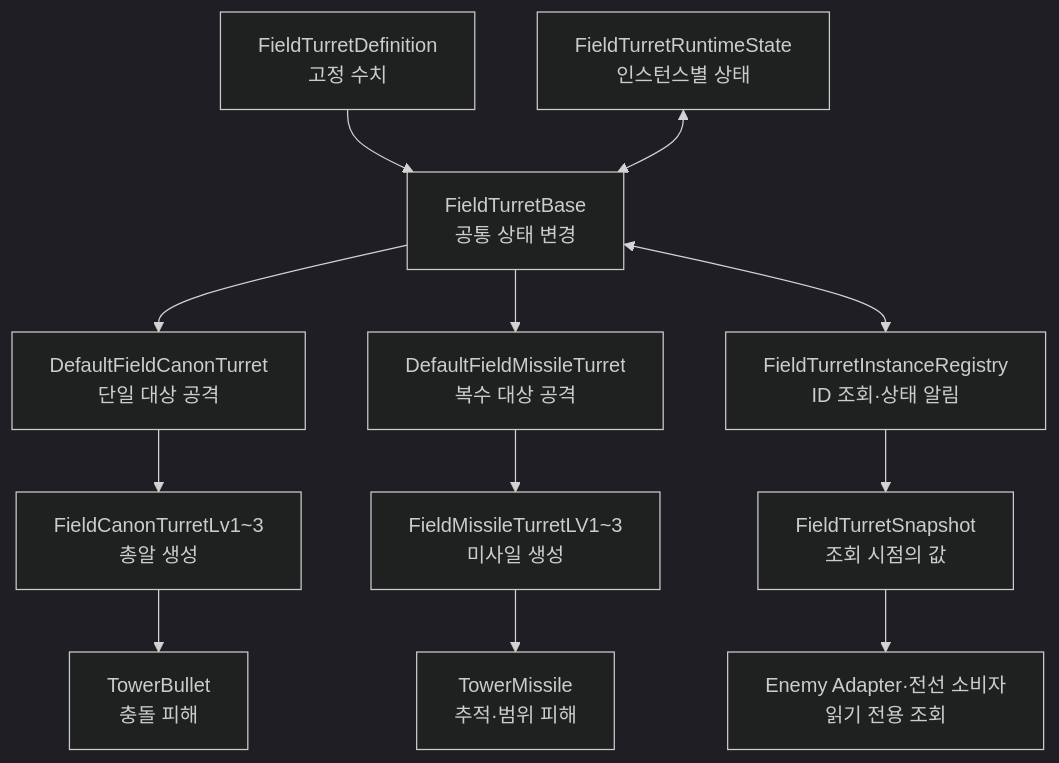
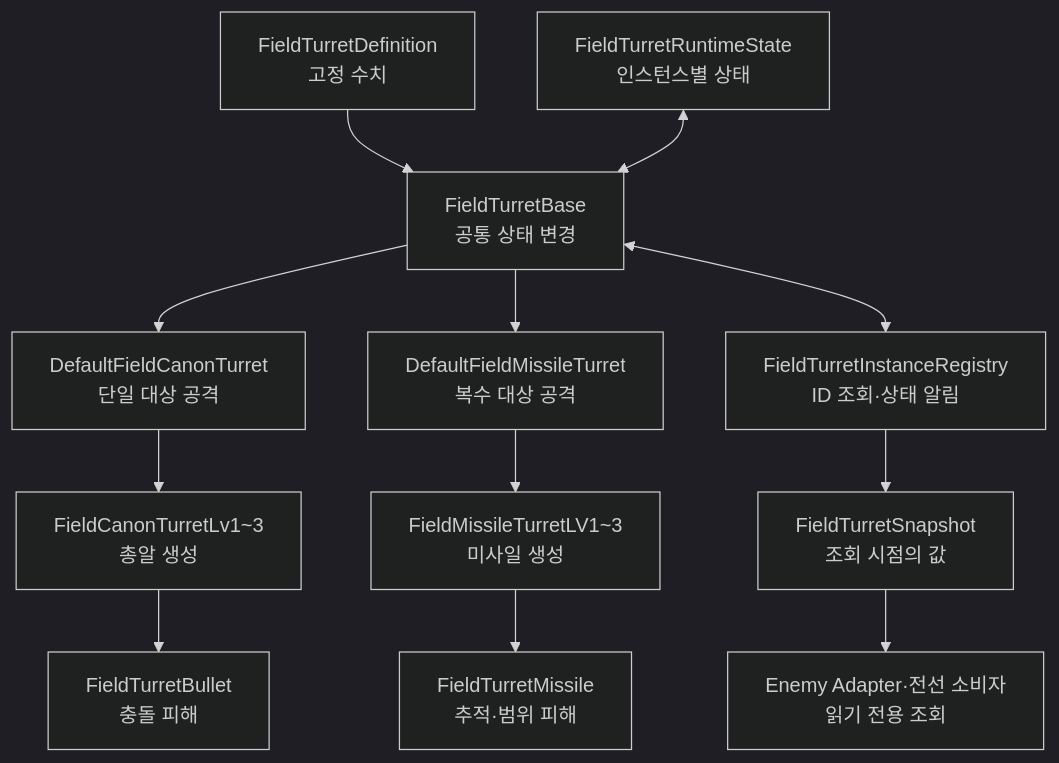
Before and after one commit to Team-HJD-21/unity-6-the-developer: the second of 17 diagrams in Docs/architecture/turret-system-guide.md, drawn with Mermaid (dark theme). The commit also changed other lines of this file and 12 other files, not shown here.

````diff
--- a/Docs/architecture/turret-system-guide.md
+++ b/Docs/architecture/turret-system-guide.md
@@ -97,14 +97,14 @@
 ```mermaid
 flowchart TD
     Definition["FieldTurretDefinition<br>고정 수치"] --> Base["FieldTurretBase<br>공통 상태 변경"]
     State["FieldTurretRuntimeState<br>인스턴스별 상태"] <--> Base
     Base --> Canon["DefaultFieldCanonTurret<br>단일 대상 공격"]
     Base --> Missile["DefaultFieldMissileTurret<br>복수 대상 공격"]
     Canon --> CanonLv["FieldCanonTurretLv1~3<br>총알 생성"]
     Missile --> MissileLv["FieldMissileTurretLV1~3<br>미사일 생성"]
-    CanonLv --> Bullet["TowerBullet<br>충돌 피해"]
-    MissileLv --> Projectile["TowerMissile<br>추적·범위 피해"]
+    CanonLv --> Bullet["FieldTurretBullet<br>충돌 피해"]
+    MissileLv --> Projectile["FieldTurretMissile<br>추적·범위 피해"]
     Base <--> Registry["FieldTurretInstanceRegistry<br>ID 조회·상태 알림"]
     Registry --> Snapshot["FieldTurretSnapshot<br>조회 시점의 값"]
     Snapshot --> Consumers["Enemy Adapter·전선 소비자<br>읽기 전용 조회"]
 ```
````
